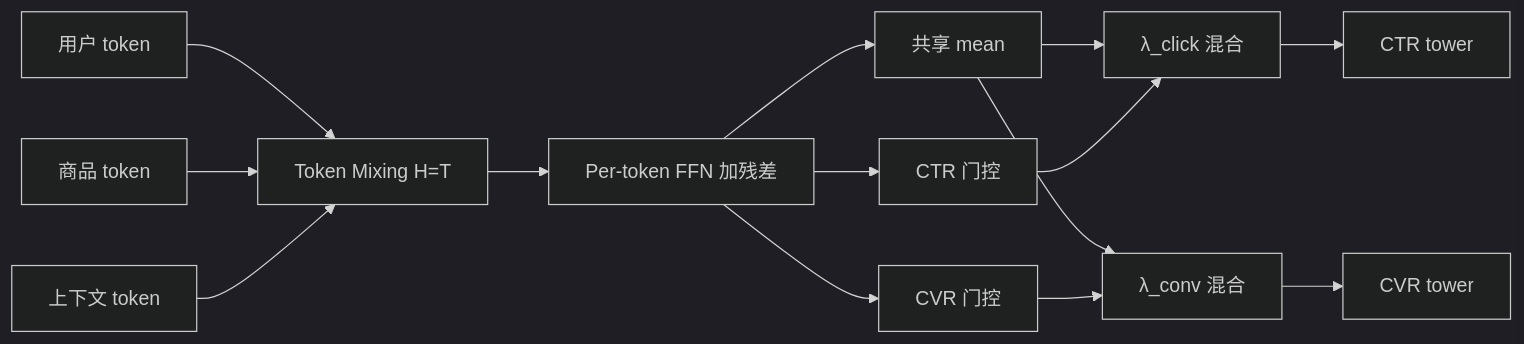
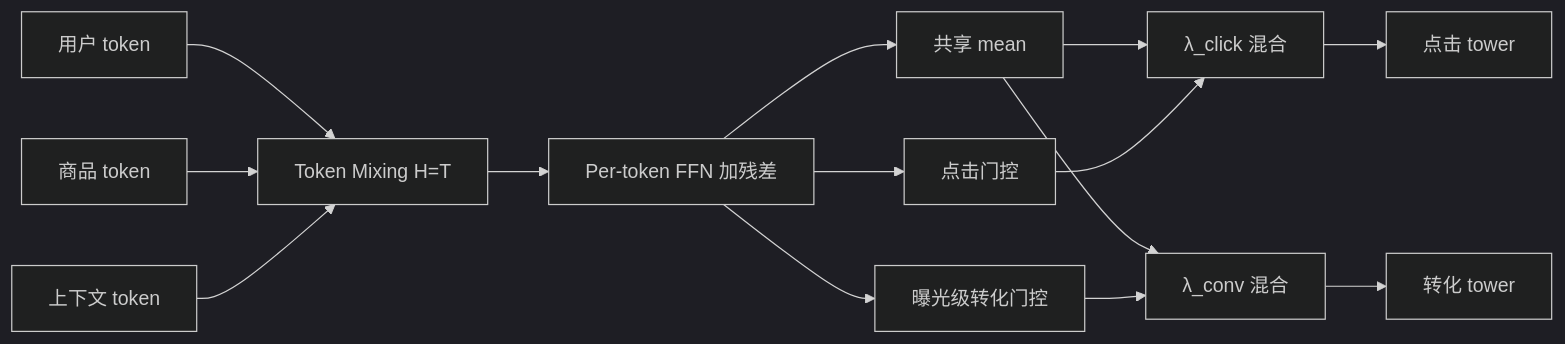
The diagram in README.md (JOrangsepha/FuxiCTR), drawn with Mermaid (dark theme) before and after one commit. The commit also changed other lines of this file and 23 other files, not shown here.

````diff
--- a/README.md
+++ b/README.md
@@ -44,16 +46,16 @@
 ```mermaid
 flowchart LR
   U[用户 token] --> Mix[Token Mixing H=T]
   I[商品 token] --> Mix
   C[上下文 token] --> Mix
   Mix --> FFN[Per-token FFN 加残差]
   FFN --> Mean[共享 mean]
-  FFN --> G1[CTR 门控]
-  FFN --> G2[CVR 门控]
+  FFN --> G1[点击门控]
+  FFN --> G2[曝光级转化门控]
   Mean --> L1["λ_click 混合"]
   G1 --> L1
   Mean --> L2["λ_conv 混合"]
   G2 --> L2
-  L1 --> T1[CTR tower]
-  L2 --> T2[CVR tower]
+  L1 --> T1[点击 tower]
+  L2 --> T2[转化 tower]
 ```
````
